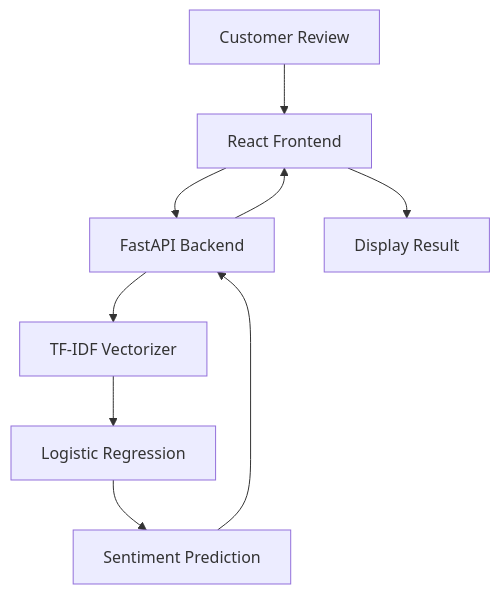
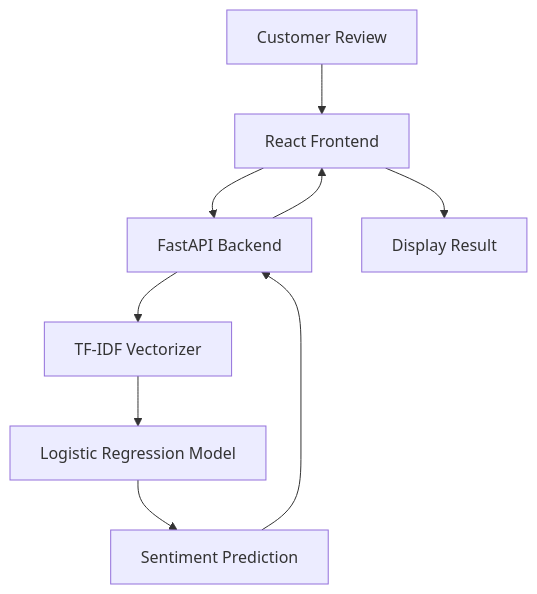
One commit to OshaniKR/customer-feedback-ai changed the diagram in README.md. Above: the diagram before and after it, drawn with Mermaid. The commit also changed other lines of this file, not shown here.

Commit message:
Fix Mermaid architecture diagram

````diff
--- a/README.md
+++ b/README.md
@@ -30,11 +30,11 @@
 ```mermaid
 flowchart TD
     A[Customer Review] --> B[React Frontend]
     B --> C[FastAPI Backend]
     C --> D[TF-IDF Vectorizer]
-    D --> E[Logistic Regression]
+    D --> E[Logistic Regression Model]
     E --> F[Sentiment Prediction]
     F --> C
     C --> B
     B --> G[Display Result]
 ```
````
